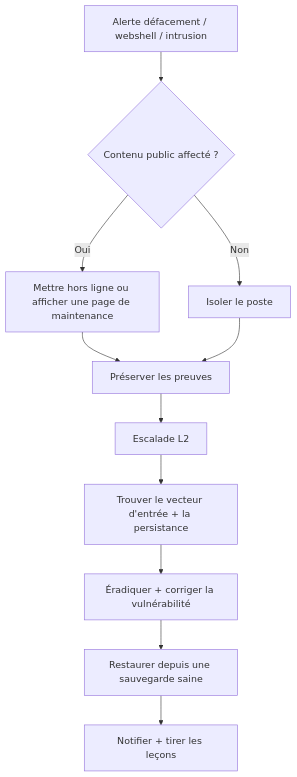
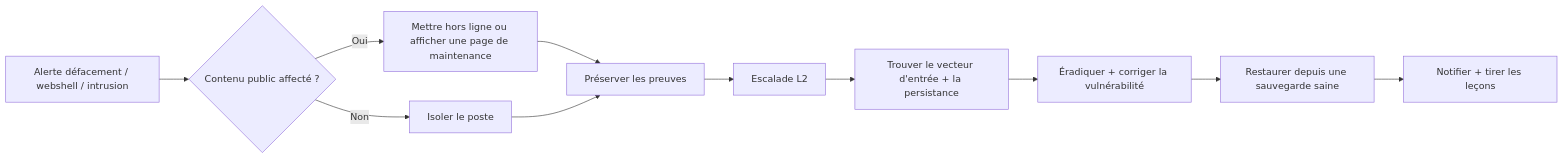
One commit to MiracleDvm/ir-firstline changed the diagram in docs/fr/runbooks/web-compromise.md. Above: the diagram before and after it, drawn with Mermaid. The commit also changed other lines of this file and 26 other files, not shown here.

Commit message:
Fix decision-tree diagram sizing/legibility, add PDF export, land tool links -- Convert decision trees to horizontal/collapsible, link cited tools/sources

````diff
--- a/docs/fr/runbooks/web-compromise.md
+++ b/docs/fr/runbooks/web-compromise.md
@@ -29,13 +31,13 @@
-```mermaid
-flowchart TD
-    A[Alerte défacement / webshell / intrusion] --> B{Contenu public affecté ?}
-    B -->|Oui| C[Mettre hors ligne ou afficher une page de maintenance]
-    B -->|Non| D[Isoler le poste]
-    C --> E[Préserver les preuves]
-    D --> E
-    E --> F[Escalade L2]
-    F --> G[Trouver le vecteur d'entrée + la persistance]
-    G --> H[Éradiquer + corriger la vulnérabilité]
-    H --> I[Restaurer depuis une sauvegarde saine]
-    I --> J[Notifier + tirer les leçons]
-```
+    ```mermaid
+    flowchart LR
+        A[Alerte défacement / webshell / intrusion] --> B{Contenu public affecté ?}
+        B -->|Oui| C[Mettre hors ligne ou afficher une page de maintenance]
+        B -->|Non| D[Isoler le poste]
+        C --> E[Préserver les preuves]
+        D --> E
+        E --> F[Escalade L2]
+        F --> G[Trouver le vecteur d'entrée + la persistance]
+        G --> H[Éradiquer + corriger la vulnérabilité]
+        H --> I[Restaurer depuis une sauvegarde saine]
+        I --> J[Notifier + tirer les leçons]
+    ```
````
